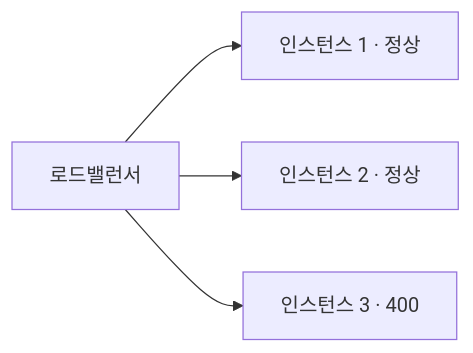
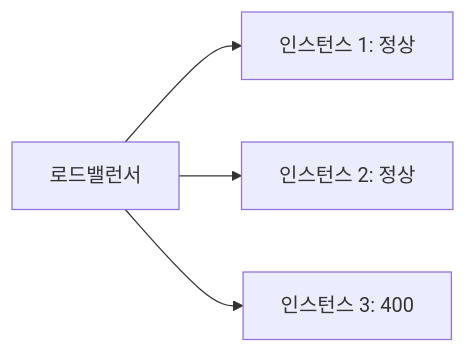
Before and after one commit to johnycho/johny-dev: the first of 2 diagrams in blog/2026-08-19-one-instance-400-bad-request.mdx, drawn with Mermaid. The commit also changed other lines of this file and 188 other files, not shown here.

````diff
--- a/blog/2026-08-19-one-instance-400-bad-request.mdx
+++ b/blog/2026-08-19-one-instance-400-bad-request.mdx
@@ -35,6 +35,6 @@
 ```mermaid
 flowchart LR
-    LB["로드밸런서"] --> A["인스턴스 1 · 정상"]
-    LB --> B["인스턴스 2 · 정상"]
-    LB --> C["인스턴스 3 · 400"]
+    LB["로드밸런서"] --> A["인스턴스 1: 정상"]
+    LB --> B["인스턴스 2: 정상"]
+    LB --> C["인스턴스 3: 400"]
 ```
````
